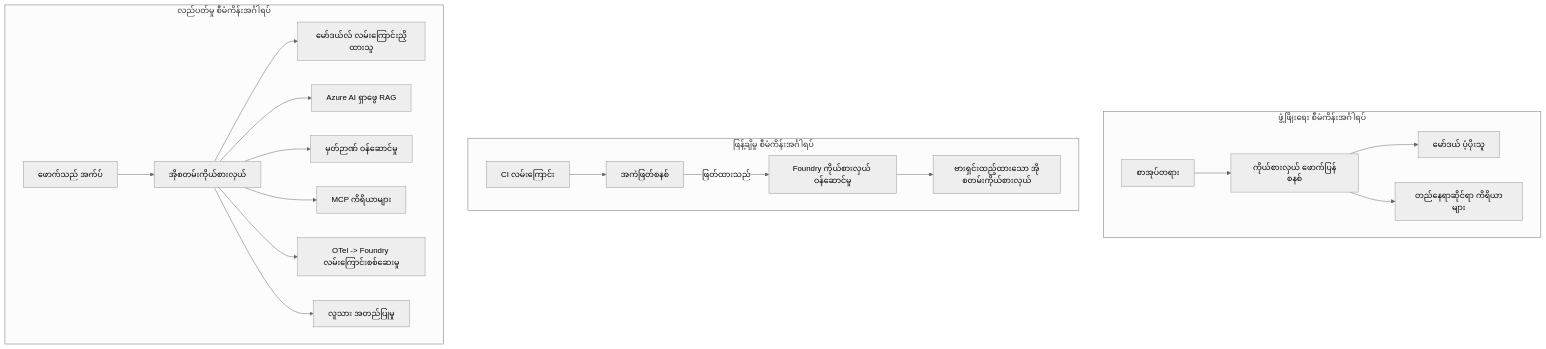
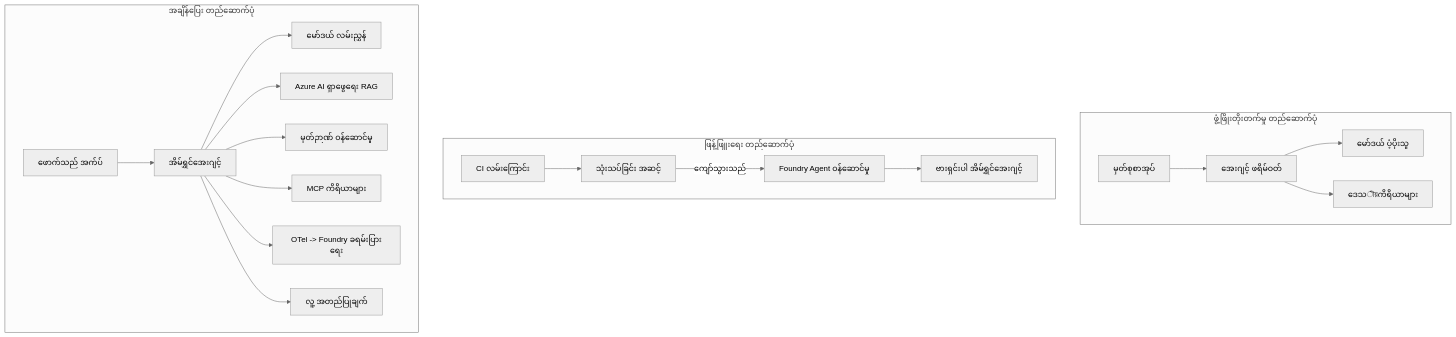
One commit to microsoft/ai-agents-for-beginners changed the fourth of 4 diagrams in translations/my/16-deploying-scalable-agents/README.md. Above: the diagram before and after it, drawn with Mermaid (neutral theme). The commit also changed other lines of this file and 45 other files, not shown here.

````diff
--- a/translations/my/16-deploying-scalable-agents/README.md
+++ b/translations/my/16-deploying-scalable-agents/README.md
@@ -185,22 +185,22 @@
 ```mermaid
 flowchart TB
-    subgraph Dev[ဖွံ့ဖြိုးရေး စီမံကိန်းအင်္ဂါရပ်]
-        D1[စာအုပ်တရား] --> D2[ကိုယ်စားလှယ် ဖောက်ပြန်စနစ်]
+    subgraph Dev[ဖွံ့ဖြိုးတိုးတက်မှု တည်ဆောက်ပုံ]
+        D1[မှတ်စုစာအုပ်] --> D2[အေးဂျင့် ဖရိမ်ဝတ်]
         D2 --> D3[မော်ဒယ် ပံ့ပိုးသူ]
-        D2 --> D4[တည်နေရာဆိုင်ရာ ကိရိယာများ]
+        D2 --> D4[ဒေသীয়ကိရိယာများ]
     end
-    subgraph Deploy[ဖြန့်ချိမှု စီမံကိန်းအင်္ဂါရပ်]
-        E1[CI လမ်းကြောင်း] --> E2[အကဲဖြတ်စနစ်]
-        E2 -->|ဖြတ်ထားသည်| E3[Foundry ကိုယ်စားလှယ် ဝန်ဆောင်မှု]
-        E3 --> E4[ဗားရှင်းထည့်ထားသော အိုစတမ်းကိုယ်စားလှယ်]
+    subgraph Deploy[ဖြန့်ဖြူးရေး တည်ဆောက်ပုံ]
+        E1[CI လမ်းကြောင်း] --> E2[သုံးသပ်ခြင်း အဆင့်]
+        E2 -->|ကျော်သွားသည်| E3[Foundry Agent ဝန်ဆောင်မှု]
+        E3 --> E4[ဗားရှင်းပါ အိမ်ရွှင်အေးဂျင့်]
     end
-    subgraph Run[လည်ပတ်မှု စီမံကိန်းအင်္ဂါရပ်]
-        F1[ဖောက်သည် အက်ပ်] --> F2[အိုစတမ်းကိုယ်စားလှယ်]
-        F2 --> F3[မော်ဒယ်လ် လမ်းကြောင်းညှိထားသူ]
-        F2 --> F4[Azure AI ရှာဖွေ RAG]
+    subgraph Run[အချိန်ပြေး တည်ဆောက်ပုံ]
+        F1[ဖောက်သည် အက်ပ်] --> F2[အိမ်ရွှင်အေးဂျင့်]
+        F2 --> F3[မော်ဒယ် လမ်းညွှန်]
+        F2 --> F4[Azure AI ရှာဖွေရေး RAG]
         F2 --> F5[မှတ်ဉာဏ် ဝန်ဆောင်မှု]
         F2 --> F6[MCP ကိရိယာများ]
-        F2 --> F7[OTel -> Foundry လမ်းကြောင်းစစ်ဆေးမှု]
-        F2 --> F8[လူသား အတည်ပြုမှု]
+        F2 --> F7[OTel -> Foundry ခရမ်းပြားရေး]
+        F2 --> F8[လူ့ အတည်ပြုချက်]
     end
 ```
````
